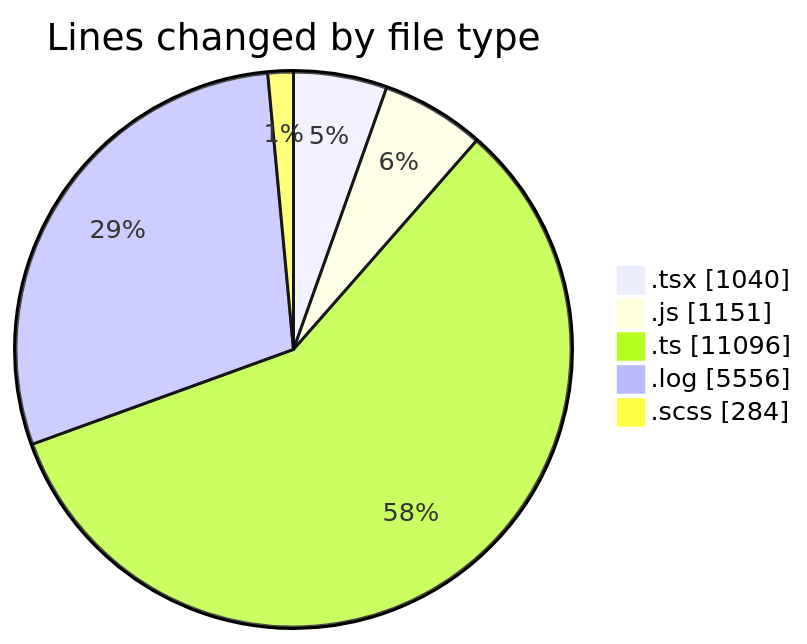
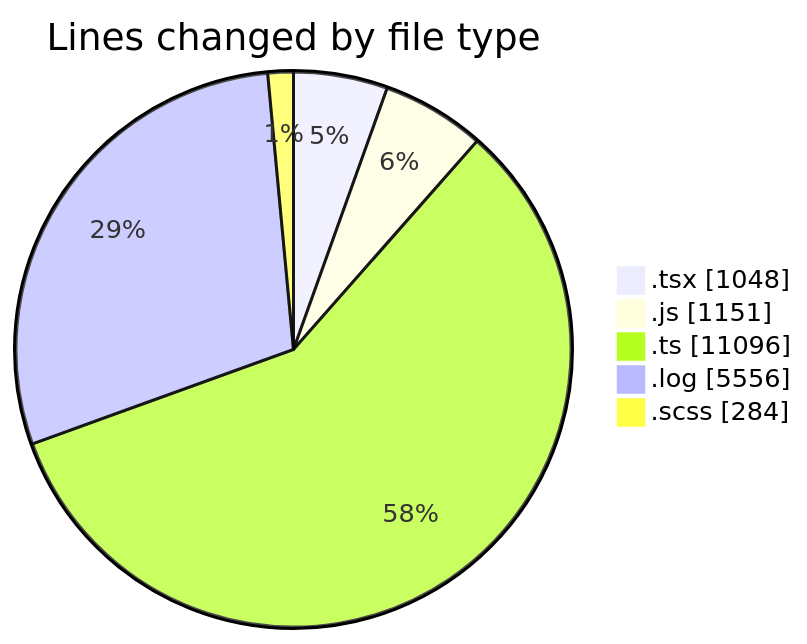
One commit to momahboobian/code-tracking changed the first of 2 diagrams in 2026-04-09/cda/README.md. Above: the diagram before and after it, drawn with Mermaid. The commit also changed other lines of this file and 1 other file, not shown here.

````diff
--- a/2026-04-09/cda/README.md
+++ b/2026-04-09/cda/README.md
@@ -32,9 +32,9 @@
 ```mermaid
 pie showData
 title Lines changed by file type
-".tsx" : 1040
+".tsx" : 1048
 ".js" : 1151
 ".ts" : 11096
 ".log" : 5556
 ".scss" : 284
 ```
````
